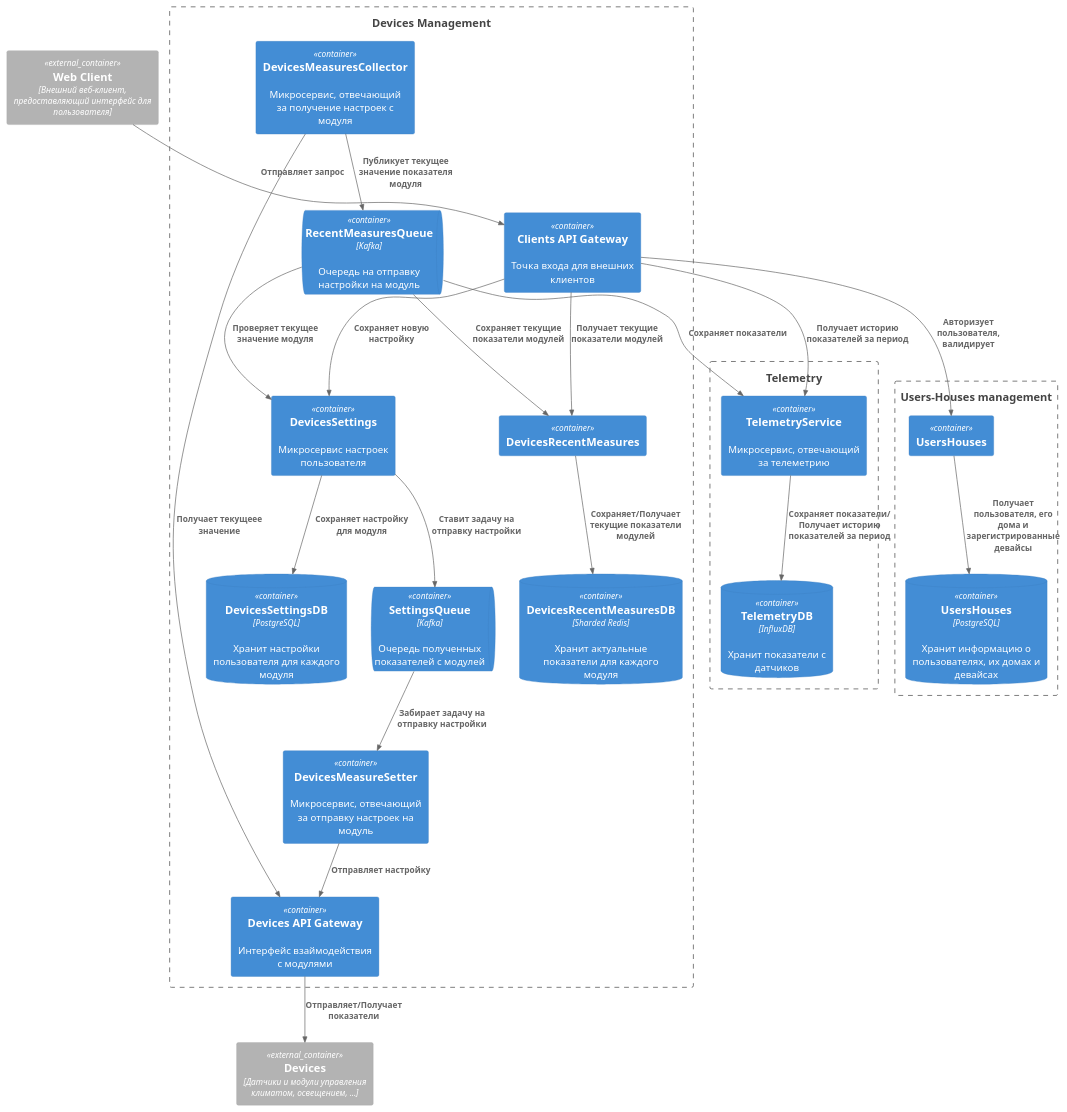
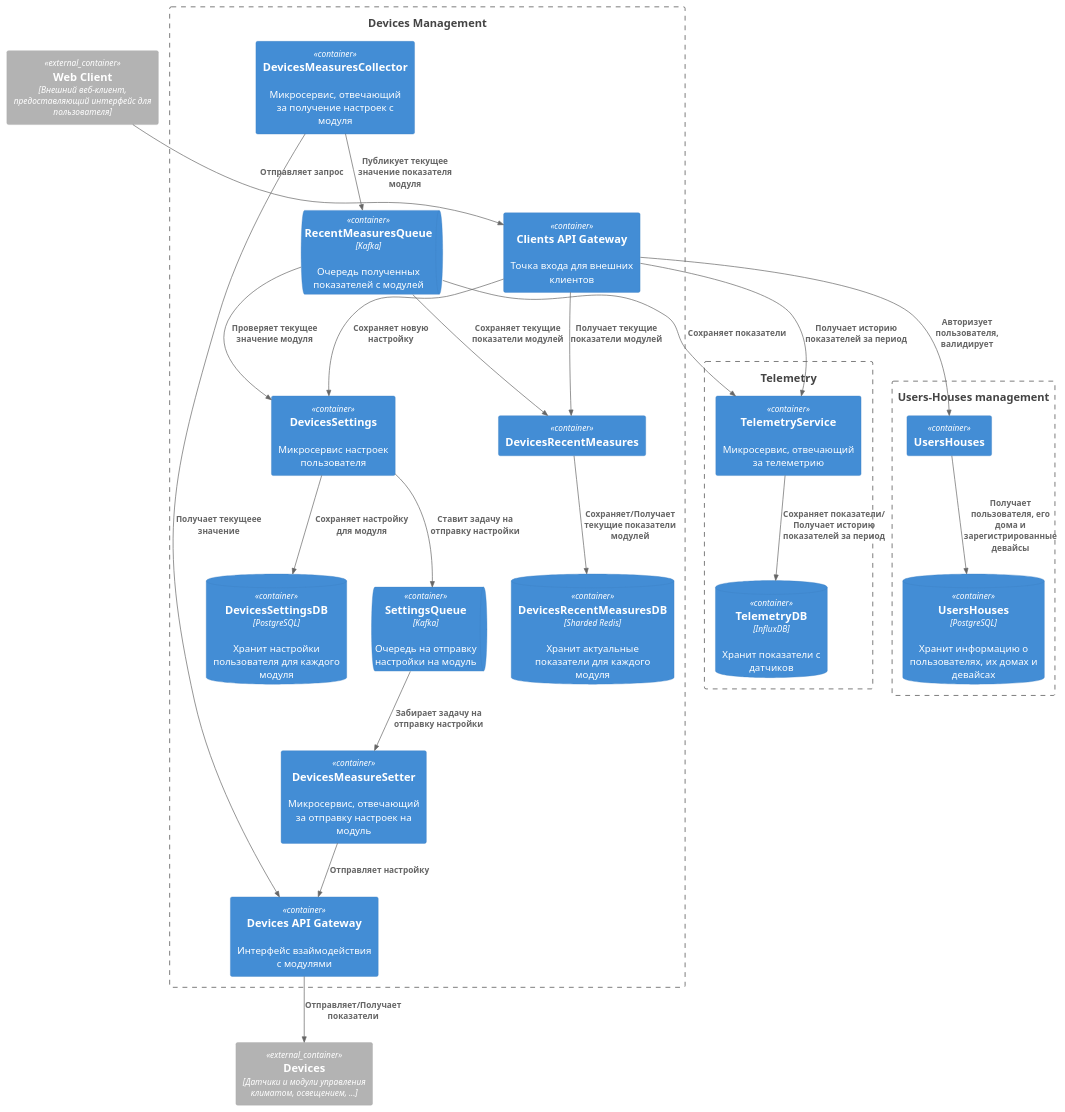
Before and after one commit to a-gataullin/architecture-sprint-3: the diagram in c2.puml, drawn with PlantUML. The commit also changed 7 other files, not shown here.

Commit message:
added diagrams

```diff
--- a/c2.puml
+++ b/c2.puml
@@ -1,66 +1,66 @@
 @startuml c2
 !include https://raw.githubusercontent.com/plantuml-stdlib/C4-PlantUML/master/C4_Container.puml
 
 ' External
 Container_Ext(web, "Web Client", "Внешний веб-клиент, предоставляющий интерфейс для пользователя")
 Container_Ext(extDevices, "Devices", "Датчики и модули управления климатом, освещением, ...")
 
 ' Devices Management
 Boundary(devicesManagement, "Devices Management") {
     Container(clientsApi, "Clients API Gateway", "", "Точка входа для внешних клиентов")
 
     Container(settings, "DevicesSettings", "", "Микросервис настроек пользователя")
     ContainerDb(settingsDB, "DevicesSettingsDB", "PostgreSQL", "Хранит настройки пользователя для каждого модуля")
 
     Container(measures, "DevicesRecentMeasures")
     ContainerDb(measuresDB, "DevicesRecentMeasuresDB", "Sharded Redis", "Хранит актуальные показатели для каждого модуля")
 
-    ContainerQueue(measuresQueue, "RecentMeasuresQueue", "Kafka", "Очередь на отправку настройки на модуль")
+    ContainerQueue(settingsQueue, "SettingsQueue", "Kafka", "Очередь на отправку настройки на модуль")
     Container(setter, "DevicesMeasureSetter", "", "Микросервис, отвечающий за отправку настроек на модуль")
 
-    ContainerQueue(settingsQueue, "SettingsQueue", "Kafka", "Очередь полученных показателей с модулей")
+    ContainerQueue(measuresQueue, "RecentMeasuresQueue", "Kafka", "Очередь полученных показателей с модулей")
     Container(collector, "DevicesMeasuresCollector", "", "Микросервис, отвечающий за получение настроек с модуля")
     
     Container(devicesApi, "Devices API Gateway", "", "Интерфейс взаймодействия с модулями")
 }
 
 ' Telemetry
 Boundary(telemetryManagement, "Telemetry") {
     Container(telemetry, "TelemetryService", "", "Микросервис, отвечающий за телеметрию")
     ContainerDb(telemetryDB, "TelemetryDB", "InfluxDB", "Хранит показатели с датчиков")
 }
 
 ' Users-Houses management
 Boundary(usersHousesManagement, "Users-Houses management") {
     Container(usersHouses, "UsersHouses")
     ContainerDb(usersHousesDB, "UsersHouses", "PostgreSQL", "Хранит информацию о пользователях, их домах и девайсах")
 }
 
 ' Authorization
 Rel(web, clientsApi, "Отправляет запрос")
 Rel(clientsApi, usersHouses, "Авторизует пользователя, валидирует")
 Rel(usersHouses, usersHousesDB, "Получает пользователя, его дома и зарегистрированные девайсы")
 
 ' Setting a new value for measure
 Rel(clientsApi, settings, "Сохраняет новую настройку")
 Rel(settings, settingsDB, "Сохраняет настройку для модуля")
 Rel(settings, settingsQueue, "Ставит задачу на отправку настройки")
 Rel(settingsQueue, setter, "Забирает задачу на отправку настройки")
 Rel(setter, devicesApi, "Отправляет настройку")
 
 Rel(measuresQueue, settings, "Проверяет текущее значение модуля")
 
 ' Getting a measure
 Rel(clientsApi, measures, "Получает текущие показатели модулей")
 Rel(measures, measuresDB, "Сохраняет/Получает текущие показатели модулей")
 Rel(measuresQueue, measures, "Сохраняет текущие показатели модулей")
 Rel(collector, measuresQueue, "Публикует текущее значение показателя модуля")
 Rel(collector, devicesApi, "Получает текущеее значение")
 Rel(devicesApi, extDevices, "Отправляет/Получает показатели")
 
 ' Telemetry
 Rel(clientsApi, telemetry, "Получает историю показателей за период")
 Rel(measuresQueue, telemetry, "Сохраняет показатели")
 Rel(telemetry, telemetryDB, "Сохраняет показатели/\nПолучает историю показателей за период")
 
 @enduml
```
